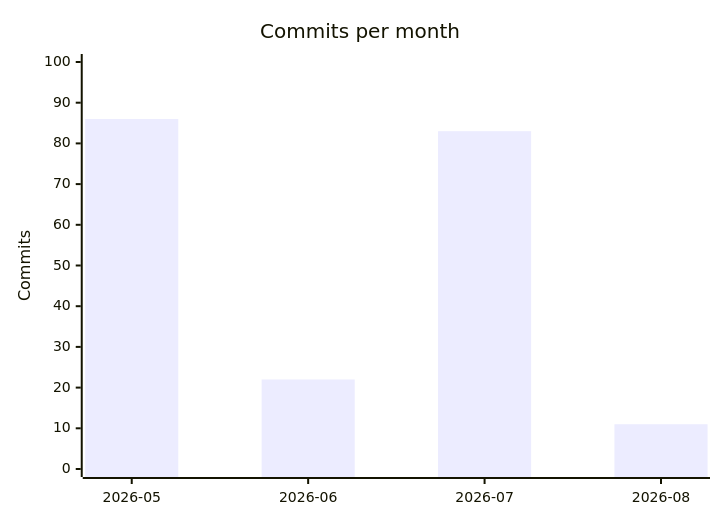
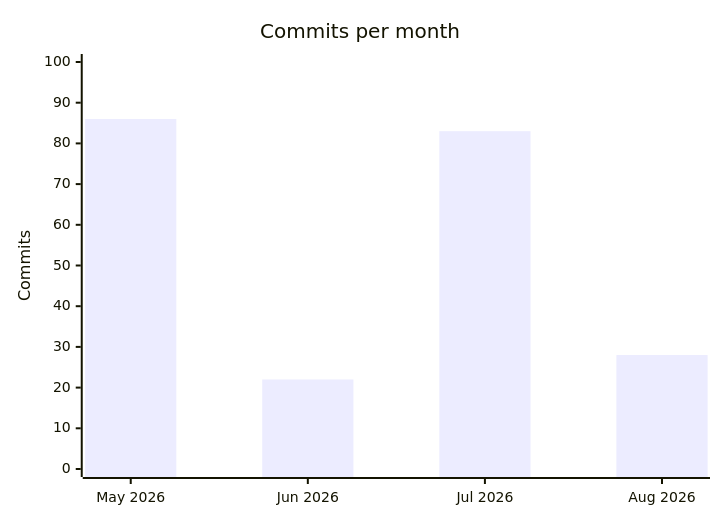
One commit to romiluz13/Memongo changed the second of 2 diagrams in droid-wiki/by-the-numbers.md. Above: the diagram before and after it, drawn with Mermaid. The commit also changed other lines of this file and 65 other files, not shown here.

````diff
--- a/droid-wiki/by-the-numbers.md
+++ b/droid-wiki/by-the-numbers.md
@@ -37,7 +22,7 @@
 ```mermaid
 xychart-beta
     title "Commits per month"
-    x-axis ["2026-05", "2026-06", "2026-07", "2026-08"]
+    x-axis ["May 2026", "Jun 2026", "Jul 2026", "Aug 2026"]
     y-axis "Commits" 0 --> 100
-    bar [86, 22, 83, 11]
+    bar [86, 22, 83, 28]
 ```
````
